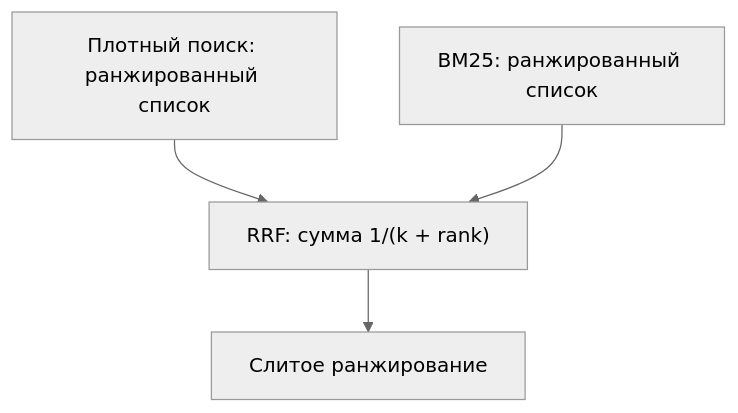
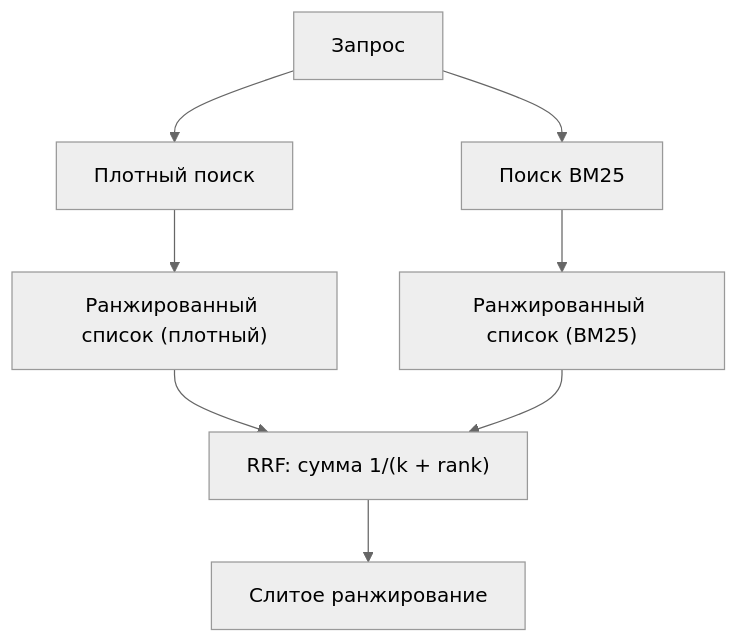
One commit to NikolaiSachok/ai-engineering-handbook changed the first of 2 diagrams in i18n/ru/docusaurus-plugin-content-docs/current/part-1-rag/retrieval/deep-dive.md. Above: the diagram before and after it, drawn with Mermaid (neutral theme). The commit also changed other lines of this file and 21 other files, not shown here.

First line of the commit message:
fix(i18n): reconcile 28 drifted diagrams and make the parity gate read inside a fence (#453)

````diff
--- a/i18n/ru/docusaurus-plugin-content-docs/current/part-1-rag/retrieval/deep-dive.md
+++ b/i18n/ru/docusaurus-plugin-content-docs/current/part-1-rag/retrieval/deep-dive.md
@@ -36,6 +36,10 @@
 ```mermaid
 flowchart TB
-    D["Плотный поиск: ранжированный список"] --> RRF["RRF: сумма 1/(k + rank)"]
-    B["BM25: ранжированный список"] --> RRF
+    Q["Запрос"] --> D["Плотный поиск"]
+    Q --> B["Поиск BM25"]
+    D --> LD["Ранжированный список (плотный)"]
+    B --> LB["Ранжированный список (BM25)"]
+    LD --> RRF["RRF: сумма 1/(k + rank)"]
+    LB --> RRF
     RRF --> F["Слитое ранжирование"]
 ```
````
